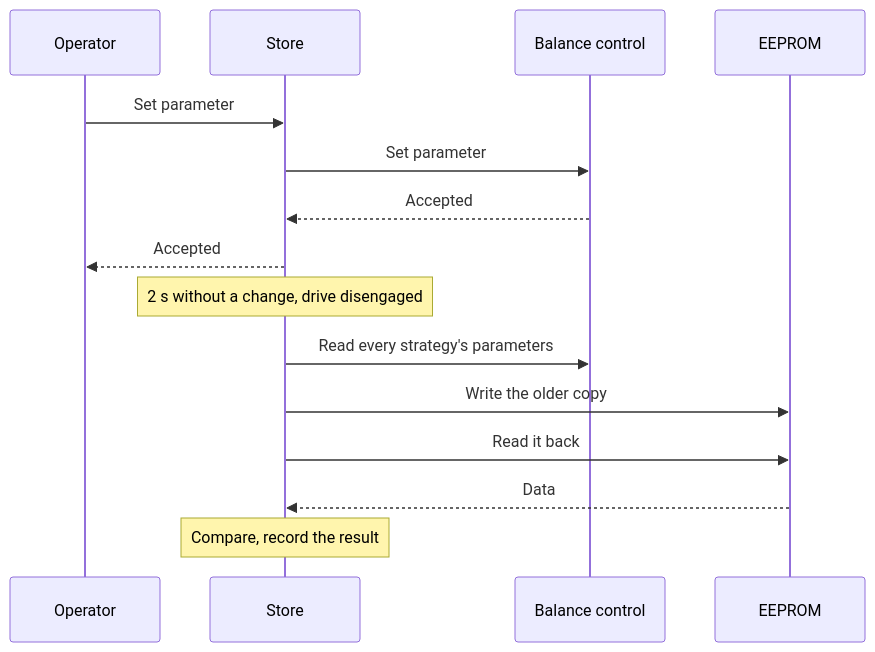
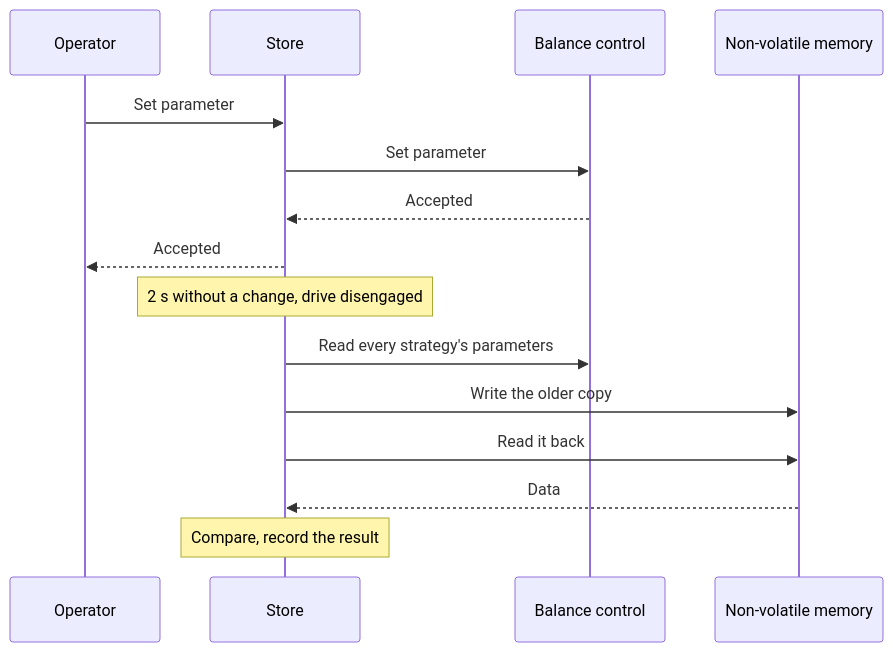
The second of 2 diagrams in documentation/design/persistence.md (embedded-pro/e-inverted-pendulum), drawn with Mermaid before and after one commit. The commit also changed other lines of this file and 20 other files, not shown here.

First line of the commit message:
docs: apply kit documentation rules to design, theory and architecture (#75)

````diff
--- a/documentation/design/persistence.md
+++ b/documentation/design/persistence.md
@@ -149,17 +144,17 @@
 ```mermaid
 sequenceDiagram
     participant Operator
     participant Store
     participant Balance as Balance control
-    participant EEPROM
+    participant NVM as Non-volatile memory
     Operator->>Store: Set parameter
     Store->>Balance: Set parameter
     Balance-->>Store: Accepted
     Store-->>Operator: Accepted
     Note over Store: 2 s without a change, drive disengaged
     Store->>Balance: Read every strategy's parameters
-    Store->>EEPROM: Write the older copy
-    Store->>EEPROM: Read it back
-    EEPROM-->>Store: Data
+    Store->>NVM: Write the older copy
+    Store->>NVM: Read it back
+    NVM-->>Store: Data
     Note over Store: Compare, record the result
 ```
````
